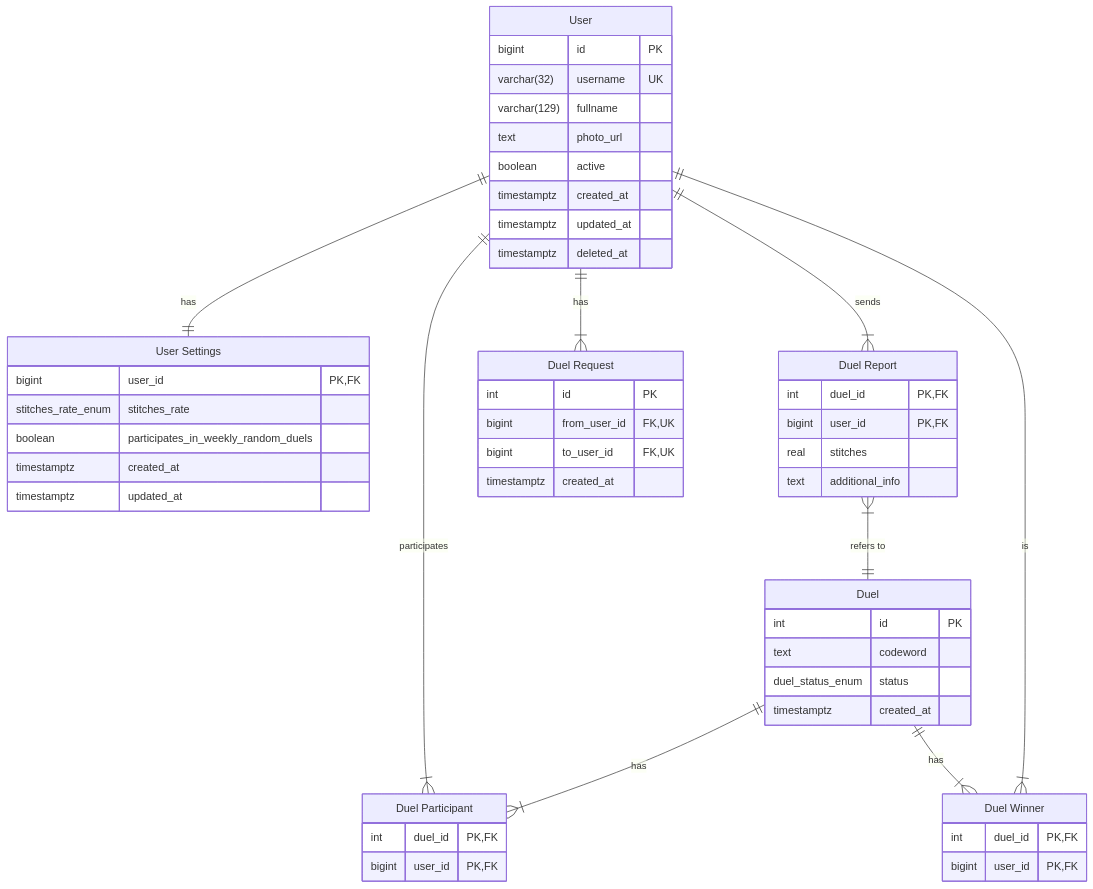
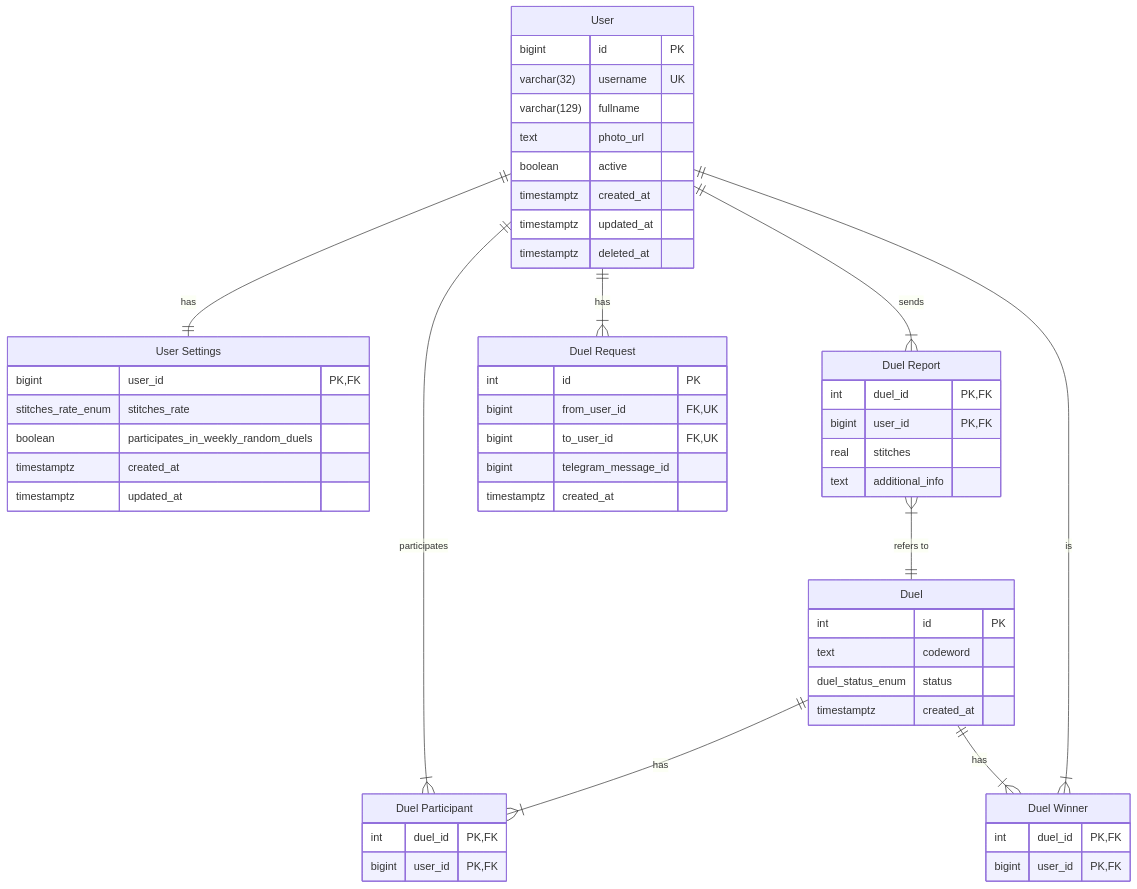
Before and after one commit to niusia-ua/cross-stitch-dueling-bot: the diagram in docs/database.md, drawn with Mermaid. The commit also changed 20 other files, not shown here.

````diff
--- a/docs/database.md
+++ b/docs/database.md
@@ -3,65 +3,66 @@
 ```mermaid
 erDiagram
   "User" {
     bigint id PK
     varchar(32) username UK
     varchar(129) fullname
     text photo_url
     boolean active
     timestamptz created_at
     timestamptz updated_at
     timestamptz deleted_at
   }
 
   "User Settings" {
     bigint user_id PK, FK
     stitches_rate_enum stitches_rate
     boolean participates_in_weekly_random_duels
     timestamptz created_at
     timestamptz updated_at
   }
 
   "Duel" {
     int id PK
     text codeword
     duel_status_enum status
     timestamptz created_at
   }
 
   "Duel Request" {
     int id PK
     bigint from_user_id FK, UK
     bigint to_user_id FK, UK
+    bigint telegram_message_id
     timestamptz created_at
   }
 
   "Duel Participant" {
     int duel_id PK, FK
     bigint user_id PK, FK
   }
 
   "Duel Report" {
     int duel_id PK, FK
     bigint user_id PK, FK
     real stitches
     text additional_info
   }
 
   "Duel Winner" {
     int duel_id PK,FK
     bigint user_id PK,FK
   }
 
   "User" ||--|| "User Settings" : "has"
 
   "Duel" ||--|{ "Duel Participant" : "has"
   "User" ||--|{ "Duel Participant" : "participates"
 
   "User" ||--|{ "Duel Request" : "has"
 
   "Duel Report" }|--|| "Duel" : "refers to"
   "User" ||--|{ "Duel Report" : "sends"
 
   "User" ||--|{ "Duel Winner" : "is"
   "Duel" ||--|{ "Duel Winner" : "has"
 ```
````
